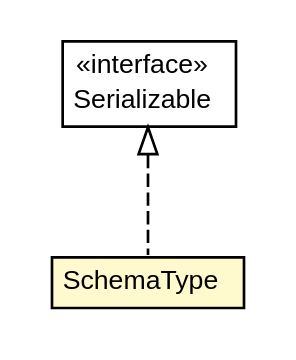
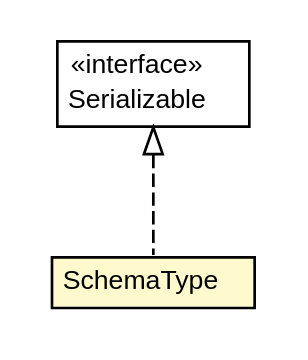
The diagram in doxdb-core/apidocs/net/trajano/doxdb/schema/SchemaType.dot (trajano/doxdb), drawn with Graphviz before and after one commit. The commit also changed 227 other files, not shown here.

```diff
--- a/doxdb-core/apidocs/net/trajano/doxdb/schema/SchemaType.dot
+++ b/doxdb-core/apidocs/net/trajano/doxdb/schema/SchemaType.dot
@@ -1,27 +1,27 @@
 #!/usr/local/bin/dot
 #
 # Class diagram 
 # Generated by UMLGraph version R5_6-24-gf6e263 (http://www.umlgraph.org/)
 #
 
 digraph G {
-	edge [fontname="arial",fontsize=10,labelfontname="arial",labelfontsize=10];
-	node [fontname="arial",fontsize=10,shape=plaintext];
+	edge [fontname="Helvetica",fontsize=10,labelfontname="Helvetica",labelfontsize=10];
+	node [fontname="Helvetica",fontsize=10,shape=plaintext];
 	nodesep=0.25;
 	ranksep=0.5;
 	// net.trajano.doxdb.schema.SchemaType
-	c530 [label=<<table title="net.trajano.doxdb.schema.SchemaType" border="0" cellborder="1" cellspacing="0" cellpadding="2" port="p" bgcolor="lemonChiffon" href="./SchemaType.html">
+	c531 [label=<<table title="net.trajano.doxdb.schema.SchemaType" border="0" cellborder="1" cellspacing="0" cellpadding="2" port="p" bgcolor="lemonChiffon" href="./SchemaType.html">
 		<tr><td><table border="0" cellspacing="0" cellpadding="1">
 <tr><td align="center" balign="center"> SchemaType </td></tr>
 		</table></td></tr>
-		</table>>, URL="./SchemaType.html", fontname="arial", fontcolor="black", fontsize=10.0];
+		</table>>, URL="./SchemaType.html", fontname="Helvetica", fontcolor="black", fontsize=10.0];
 	//net.trajano.doxdb.schema.SchemaType implements java.io.Serializable
-	c535:p -> c530:p [dir=back,arrowtail=empty,style=dashed];
+	c535:p -> c531:p [dir=back,arrowtail=empty,style=dashed];
 	// java.io.Serializable
 	c535 [label=<<table title="java.io.Serializable" border="0" cellborder="1" cellspacing="0" cellpadding="2" port="p" href="http://java.sun.com/j2se/1.4.2/docs/api/java/io/Serializable.html">
 		<tr><td><table border="0" cellspacing="0" cellpadding="1">
 <tr><td align="center" balign="center"> &#171;interface&#187; </td></tr>
 <tr><td align="center" balign="center"> Serializable </td></tr>
 		</table></td></tr>
-		</table>>, URL="http://java.sun.com/j2se/1.4.2/docs/api/java/io/Serializable.html", fontname="arial", fontcolor="black", fontsize=10.0];
+		</table>>, URL="http://java.sun.com/j2se/1.4.2/docs/api/java/io/Serializable.html", fontname="Helvetica", fontcolor="black", fontsize=10.0];
 }
```
